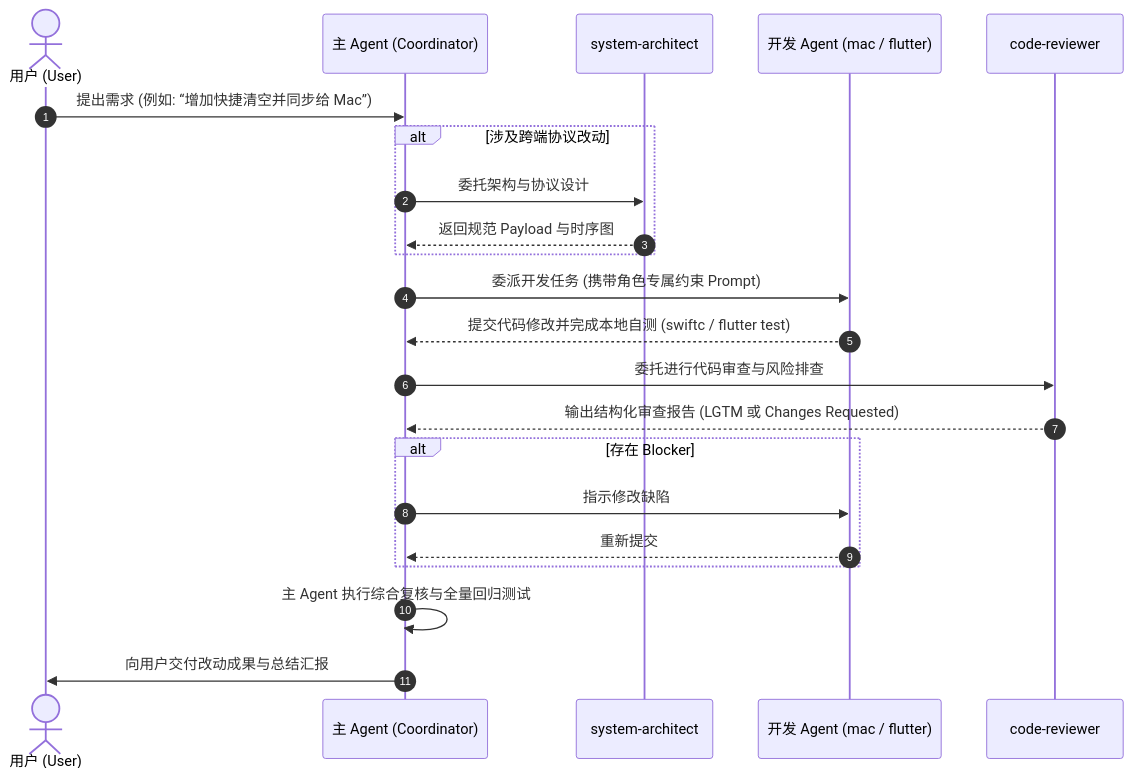
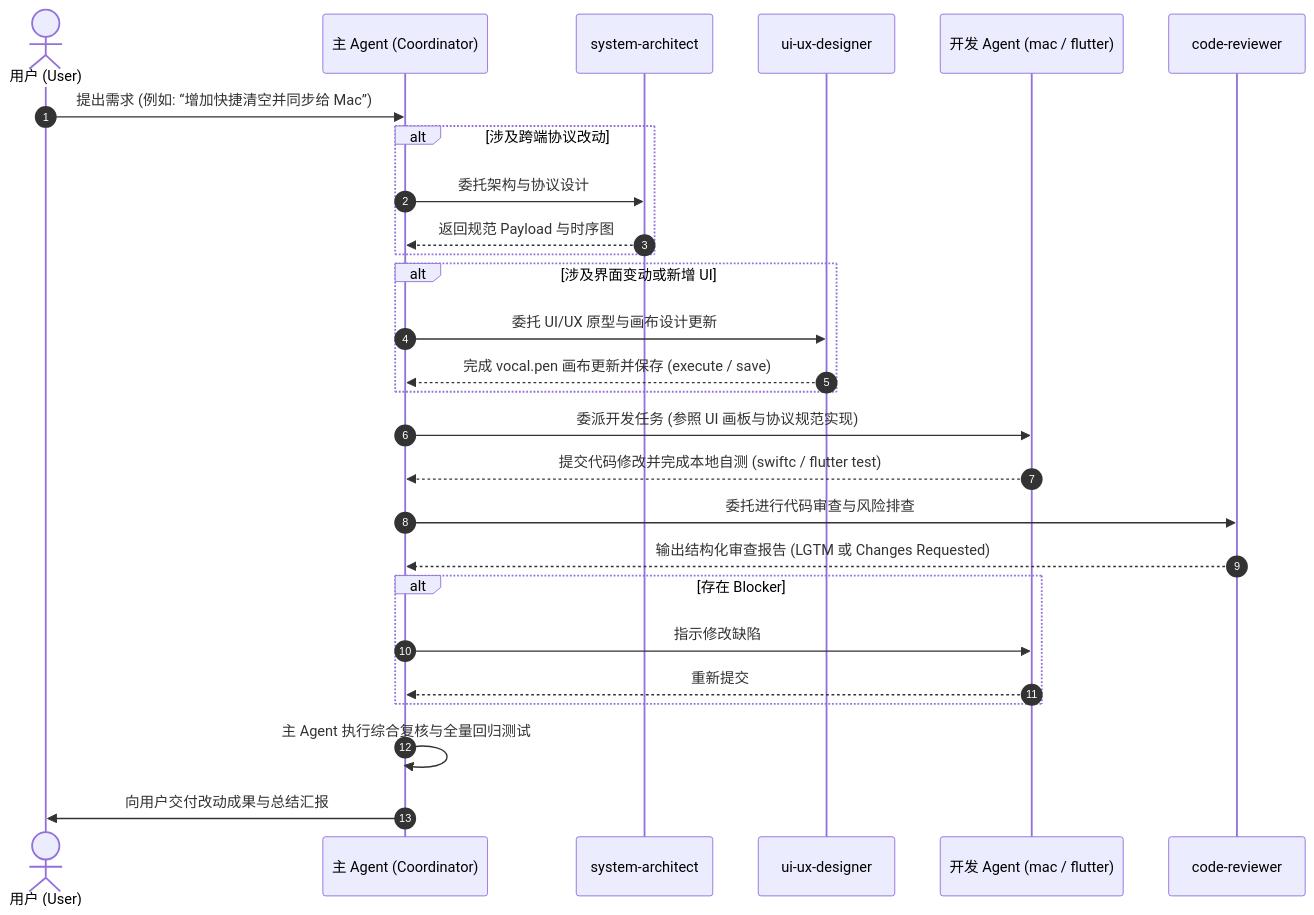
Before and after one commit to idcpj/vocal: the diagram in .agents/README.md, drawn with Mermaid. The commit also changed other lines of this file and 8 other files, not shown here.

````diff
--- a/.agents/README.md
+++ b/.agents/README.md
@@ -44,29 +46,34 @@
 ```mermaid
 sequenceDiagram
     autonumber
     actor User as 用户 (User)
     participant Coord as 主 Agent (Coordinator)
     participant Arch as system-architect
+    participant UI as ui-ux-designer
     participant Dev as 开发 Agent (mac / flutter)
     participant CR as code-reviewer
 
     User->>Coord: 提出需求 (例如: “增加快捷清空并同步给 Mac”)
     alt 涉及跨端协议改动
         Coord->>Arch: 委托架构与协议设计
         Arch-->>Coord: 返回规范 Payload 与时序图
     end
+    alt 涉及界面变动或新增 UI
+        Coord->>UI: 委托 UI/UX 原型与画布设计更新
+        UI-->>Coord: 完成 vocal.pen 画布更新并保存 (execute / save)
+    end
 
-    Coord->>Dev: 委派开发任务 (携带角色专属约束 Prompt)
+    Coord->>Dev: 委派开发任务 (参照 UI 画板与协议规范实现)
     Dev-->>Coord: 提交代码修改并完成本地自测 (swiftc / flutter test)
 
     Coord->>CR: 委托进行代码审查与风险排查
     CR-->>Coord: 输出结构化审查报告 (LGTM 或 Changes Requested)
 
     alt 存在 Blocker
         Coord->>Dev: 指示修改缺陷
         Dev-->>Coord: 重新提交
     end
 
     Coord->>Coord: 主 Agent 执行综合复核与全量回归测试
     Coord->>User: 向用户交付改动成果与总结汇报
 ```
````
